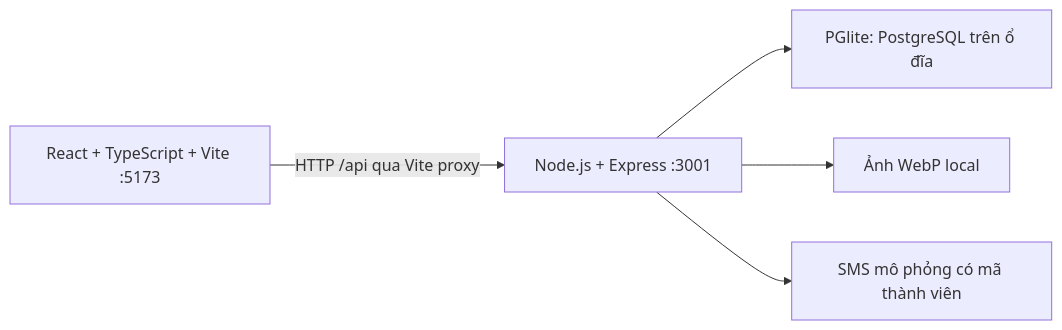
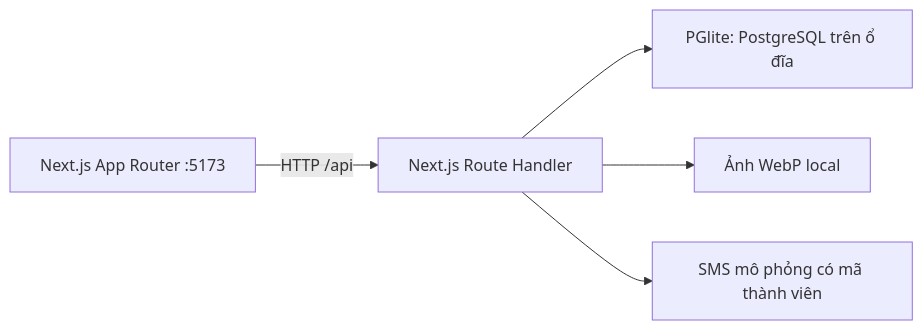
The diagram in docs/ARCHITECTURE.md (daotrangphathaogroup/dtph-website-demo), drawn with Mermaid before and after one commit. The commit also changed other lines of this file and 31 other files, not shown here.

Commit message:
Change Vite to Next.js

````diff
--- a/docs/ARCHITECTURE.md
+++ b/docs/ARCHITECTURE.md
@@ -5,7 +5,7 @@
 ```mermaid
 flowchart LR
-  UI[React + TypeScript + Vite :5173] -->|HTTP /api qua Vite proxy| API[Node.js + Express :3001]
+  UI[Next.js App Router :5173] -->|HTTP /api| API[Next.js Route Handler]
   API --> DB[PGlite: PostgreSQL trên ổ đĩa]
   API --> FILE[Ảnh WebP local]
   API --> SMS[SMS mô phỏng có mã thành viên]
 ```
````
